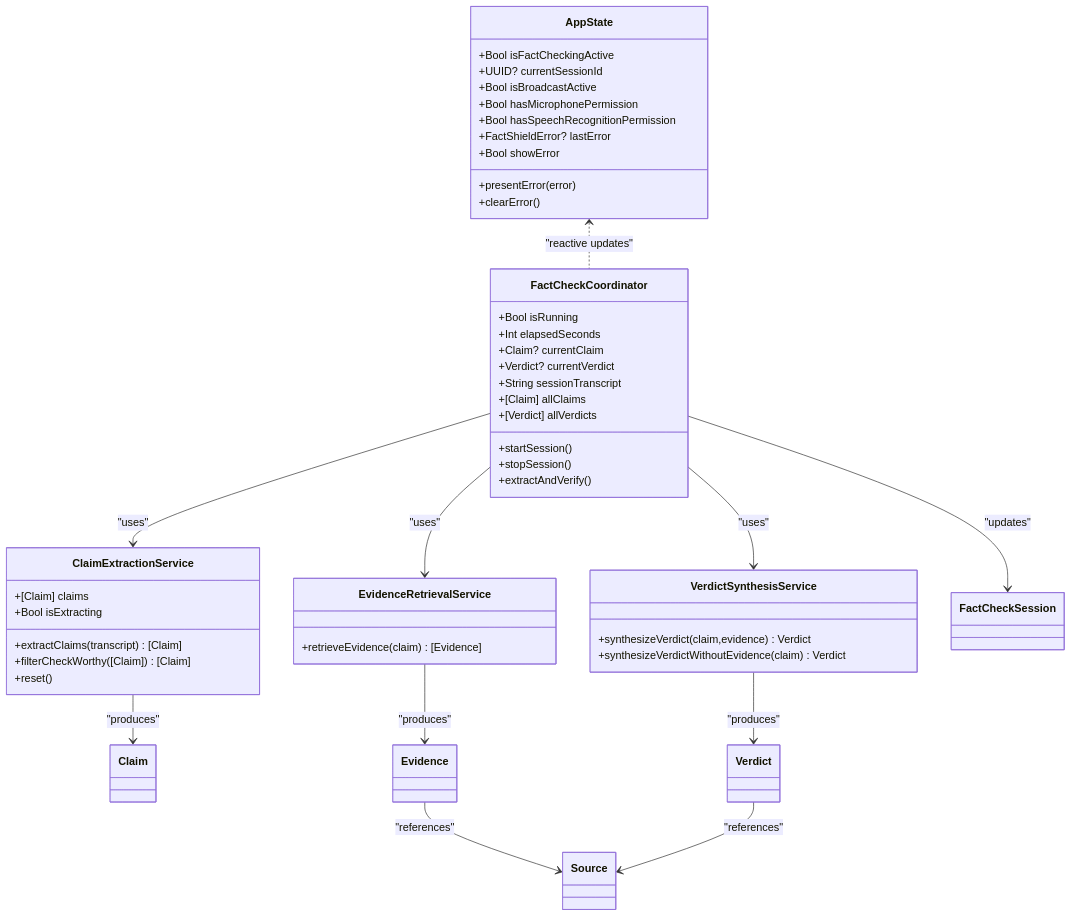
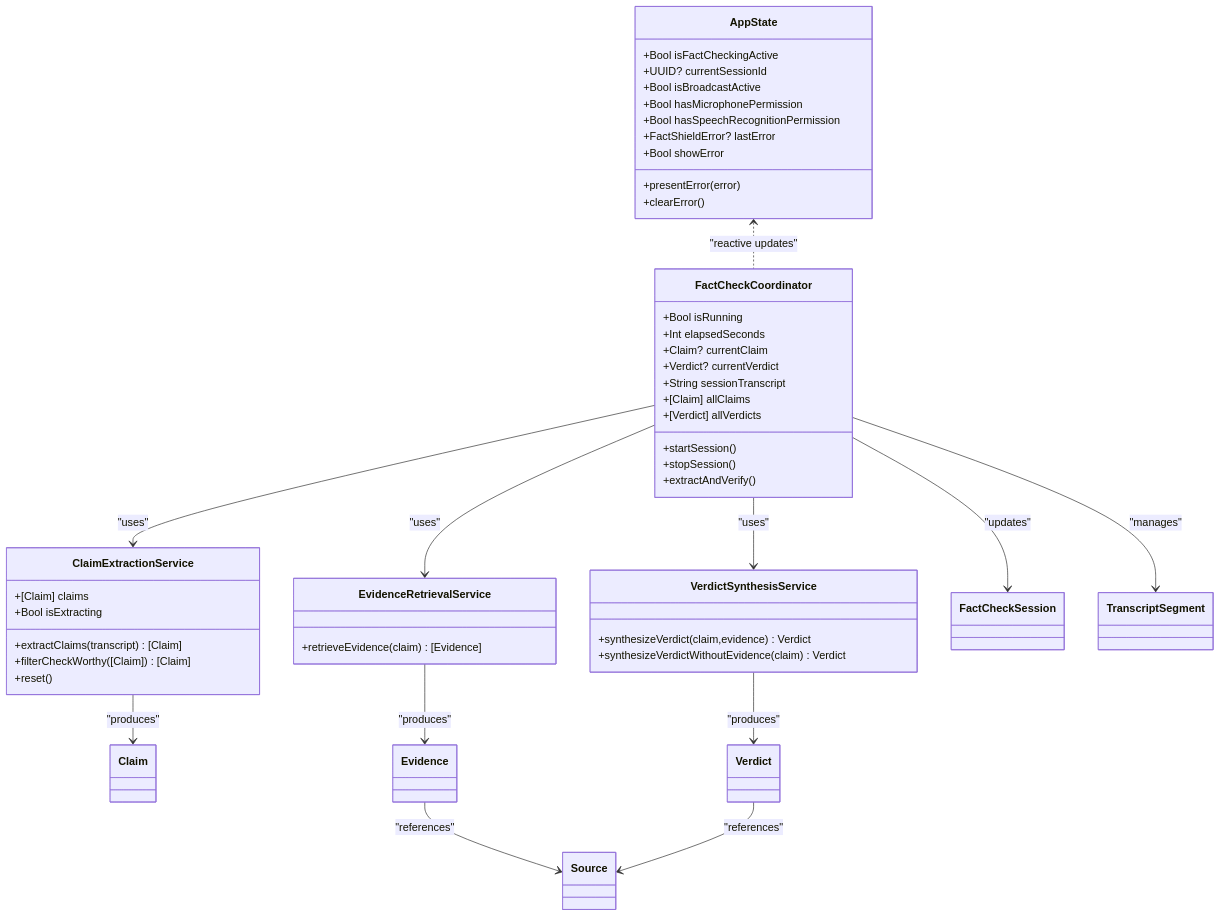
The second of 6 diagrams in .qoder/repowiki/en/content/Data Models and State Management/Data Models and State Management.md (alexandreybasta-cyber/factshield-ios), drawn with Mermaid before and after one commit. The commit also changed other lines of this file and 97 other files, not shown here.

````diff
--- a/.qoder/repowiki/en/content/Data Models and State Management/Data Models and State Management.md
+++ b/.qoder/repowiki/en/content/Data Models and State Management/Data Models and State Management.md
@@ -168,55 +211,57 @@
 ```mermaid
 classDiagram
 class AppState {
 +Bool isFactCheckingActive
 +UUID? currentSessionId
 +Bool isBroadcastActive
 +Bool hasMicrophonePermission
 +Bool hasSpeechRecognitionPermission
 +FactShieldError? lastError
 +Bool showError
 +presentError(error)
 +clearError()
 }
 class FactCheckCoordinator {
 +Bool isRunning
 +Int elapsedSeconds
 +Claim? currentClaim
 +Verdict? currentVerdict
 +String sessionTranscript
 +[Claim] allClaims
 +[Verdict] allVerdicts
 +startSession()
 +stopSession()
 +extractAndVerify()
 }
 class ClaimExtractionService {
 +[Claim] claims
 +Bool isExtracting
 +extractClaims(transcript) [Claim]
 +filterCheckWorthy([Claim]) [Claim]
 +reset()
 }
 class EvidenceRetrievalService {
 +retrieveEvidence(claim) [Evidence]
 }
 class VerdictSynthesisService {
 +synthesizeVerdict(claim,evidence) Verdict
 +synthesizeVerdictWithoutEvidence(claim) Verdict
 }
 class Claim
 class Evidence
 class Verdict
 class Source
 class FactCheckSession
+class TranscriptSegment
 FactCheckCoordinator --> ClaimExtractionService : "uses"
 FactCheckCoordinator --> EvidenceRetrievalService : "uses"
 FactCheckCoordinator --> VerdictSynthesisService : "uses"
 ClaimExtractionService --> Claim : "produces"
 EvidenceRetrievalService --> Evidence : "produces"
 VerdictSynthesisService --> Verdict : "produces"
 Evidence --> Source : "references"
 Verdict --> Source : "references"
 FactCheckCoordinator --> FactCheckSession : "updates"
+FactCheckCoordinator --> TranscriptSegment : "manages"
 AppState <.. FactCheckCoordinator : "reactive updates"
 ```
````
